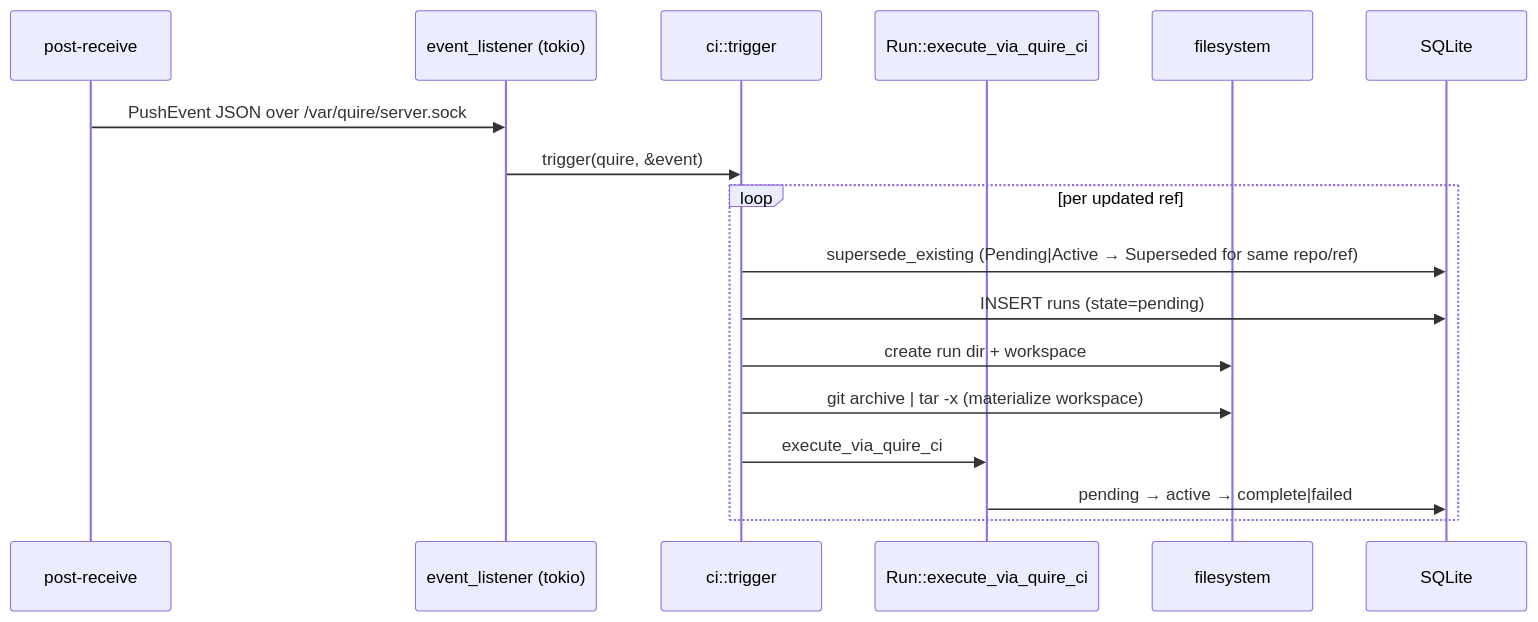
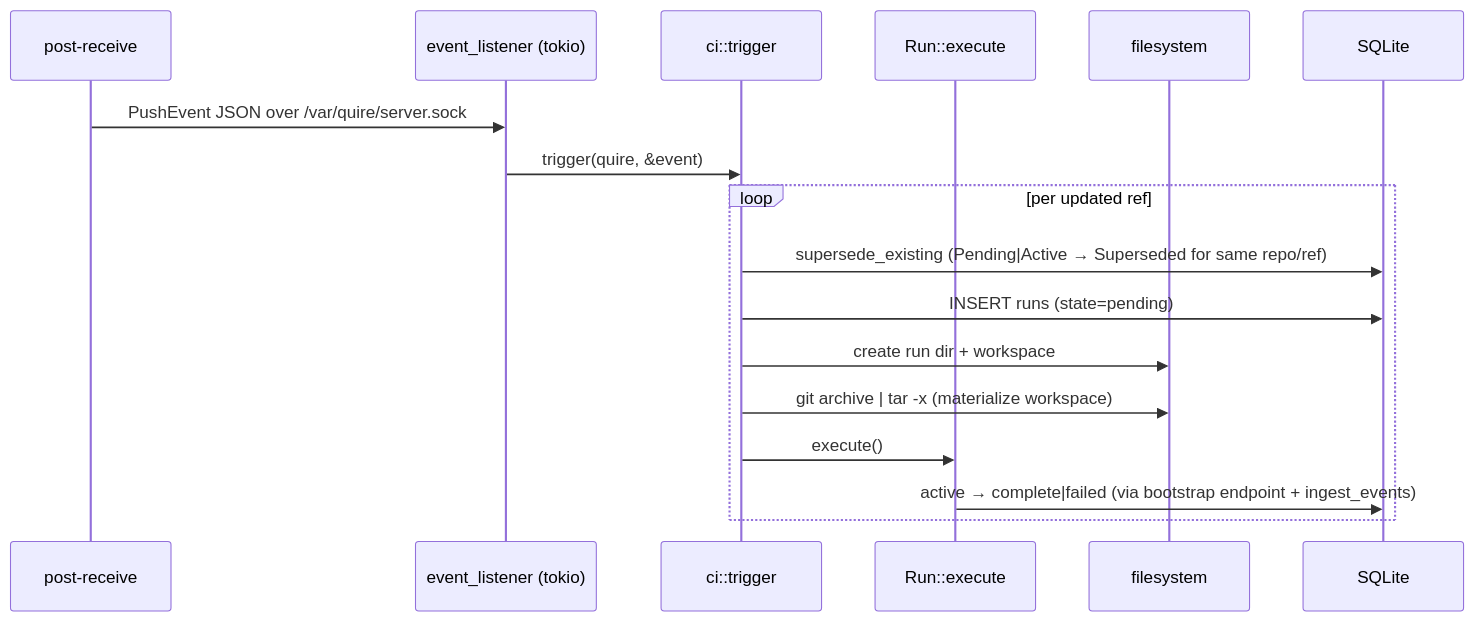
The fourth of 4 diagrams in docs/CI-STATE.md (kejadlen/quire), drawn with Mermaid before and after one commit. The commit also changed other lines of this file, not shown here.

````diff
--- a/docs/CI-STATE.md
+++ b/docs/CI-STATE.md
@@ -196,20 +204,20 @@
 ```mermaid
 sequenceDiagram
     participant Hook as post-receive
     participant Listener as event_listener (tokio)
     participant Trigger as ci::trigger
-    participant Exec as Run::execute_via_quire_ci
+    participant Exec as Run::execute
     participant FS as filesystem
     participant DB as SQLite
 
     Hook->>Listener: PushEvent JSON over /var/quire/server.sock
     Listener->>Trigger: trigger(quire, &event)
     loop per updated ref
       Trigger->>DB: supersede_existing (Pending|Active → Superseded for same repo/ref)
       Trigger->>DB: INSERT runs (state=pending)
       Trigger->>FS: create run dir + workspace
       Trigger->>FS: git archive | tar -x  (materialize workspace)
-      Trigger->>Exec: execute_via_quire_ci
-      Exec->>DB: pending → active → complete|failed
+      Trigger->>Exec: execute()
+      Exec->>DB: active → complete|failed (via bootstrap endpoint + ingest_events)
     end
 ```
````
